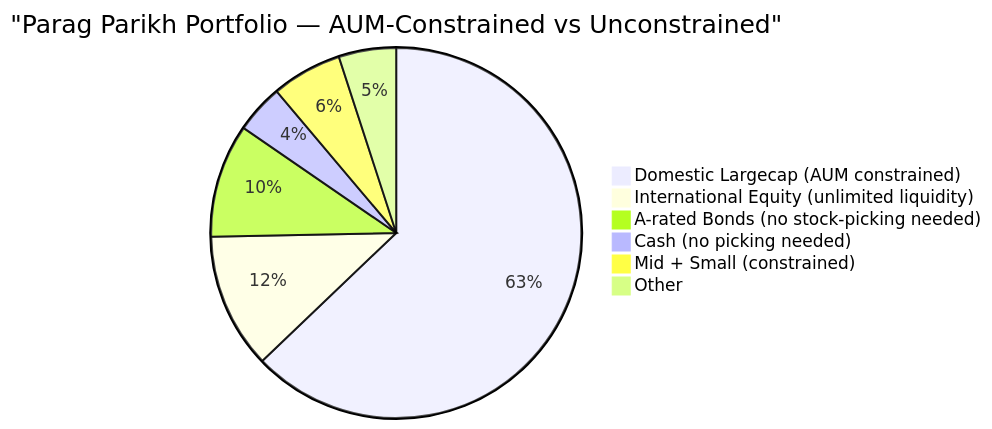
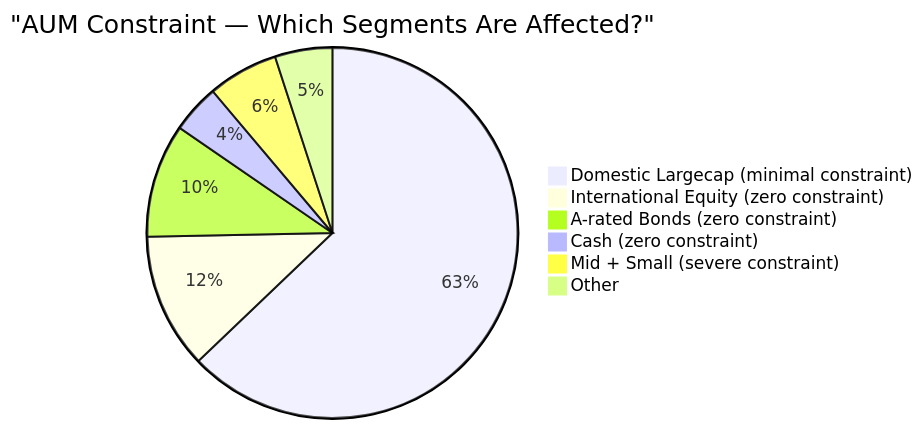
The ninth of 11 diagrams in Mutual Fund/FlexiCap/funds/parag_parikh/module4_cost.md (mayankutkarsh334/Investment), drawn with Mermaid before and after one commit. The commit also changed other lines of this file and 4 other files, not shown here.

First line of the commit message:
feat: complete deep-study modules 2–6 for Parag Parikh Flexi Cap Fund

````diff
--- a/Mutual Fund/FlexiCap/funds/parag_parikh/module4_cost.md
+++ b/Mutual Fund/FlexiCap/funds/parag_parikh/module4_cost.md
@@ -120,9 +195,9 @@
 ```mermaid
-pie title "Parag Parikh Portfolio — AUM-Constrained vs Unconstrained"
-    "Domestic Largecap (AUM constrained)" : 62.86
-    "International Equity (unlimited liquidity)" : 11.81
-    "A-rated Bonds (no stock-picking needed)" : 9.92
-    "Cash (no picking needed)" : 4.25
-    "Mid + Small (constrained)" : 6.15
+pie title "AUM Constraint — Which Segments Are Affected?"
+    "Domestic Largecap (minimal constraint)" : 62.86
+    "International Equity (zero constraint)" : 11.81
+    "A-rated Bonds (zero constraint)" : 9.92
+    "Cash (zero constraint)" : 4.25
+    "Mid + Small (severe constraint)" : 6.15
     "Other" : 5.01
 ```
````
